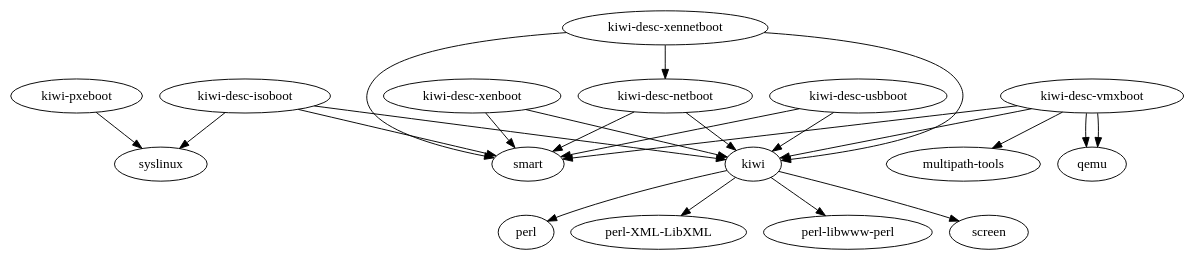
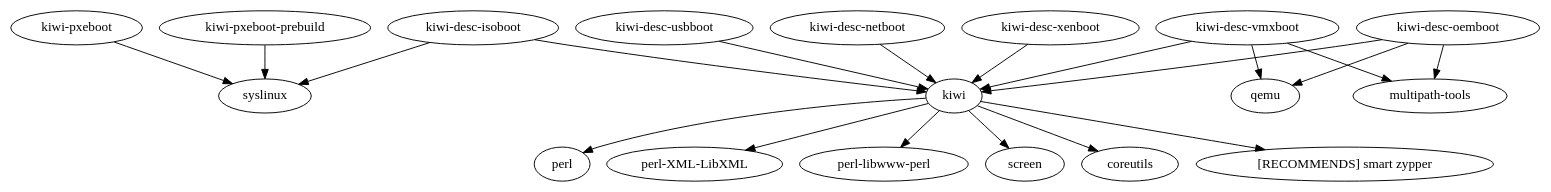
Before and after one commit to OSInside/kiwi-legacy: the diagram in .kiwi.dot, drawn with Graphviz. The commit also changed 9 other files, not shown here.

```diff
--- a/.kiwi.dot
+++ b/.kiwi.dot
@@ -1,32 +1,29 @@
 digraph kiwi {
 	"kiwi" -> "perl"
 	"kiwi" -> "perl-XML-LibXML"
 	"kiwi" -> "perl-libwww-perl"
 	"kiwi" -> "screen"
+	"kiwi" -> "coreutils"
+    "kiwi" -> "[RECOMMENDS] smart zypper"
 
 	"kiwi-pxeboot" -> "syslinux"
 
+	"kiwi-pxeboot-prebuild" -> "syslinux"
+
 	"kiwi-desc-isoboot" -> "kiwi"
-	"kiwi-desc-isoboot" -> "smart"
 	"kiwi-desc-isoboot" -> "syslinux"
 
 	"kiwi-desc-usbboot" -> "kiwi"
-	"kiwi-desc-usbboot" -> "smart"
 
 	"kiwi-desc-vmxboot" -> "kiwi"
 	"kiwi-desc-vmxboot" -> "qemu"
-
 	"kiwi-desc-vmxboot" -> "multipath-tools"
-	"kiwi-desc-vmxboot" -> "smart"
-	"kiwi-desc-vmxboot" -> "qemu"
 
 	"kiwi-desc-netboot" -> "kiwi"
-	"kiwi-desc-netboot" -> "smart"
-
-	"kiwi-desc-xennetboot" -> "kiwi"
-	"kiwi-desc-xennetboot" -> "smart"
-	"kiwi-desc-xennetboot" -> "kiwi-desc-netboot"
 
 	"kiwi-desc-xenboot" -> "kiwi"
-    "kiwi-desc-xenboot" -> "smart"
+
+	"kiwi-desc-oemboot" -> "kiwi"
+	"kiwi-desc-oemboot" -> "qemu"
+    "kiwi-desc-oemboot" -> "multipath-tools"
 }
```
